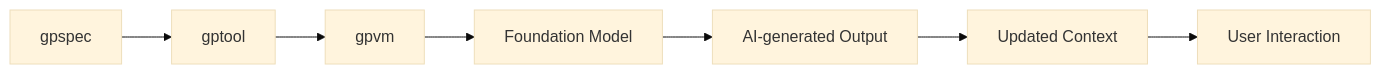
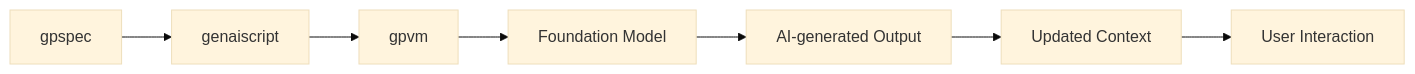
The second of 3 diagrams in packages/whitepaper/gptools-wp.diagrams.md (microsoft/genaiscript), drawn with Mermaid (base theme) before and after one commit. The commit also changed other lines of this file and 31 other files, not shown here.

````diff
--- a/packages/whitepaper/gptools-wp.diagrams.md
+++ b/packages/whitepaper/gptools-wp.diagrams.md
@@ -19,9 +19,9 @@
 ```mermaid
 graph LR
-A[gpspec] --> B[gptool]
+A[gpspec] --> B[genaiscript]
 B --> C[gpvm]
 C --> D[Foundation Model]
 D --> E[AI-generated Output]
 E --> F[Updated Context]
 F --> G[User Interaction]
 ```
````
